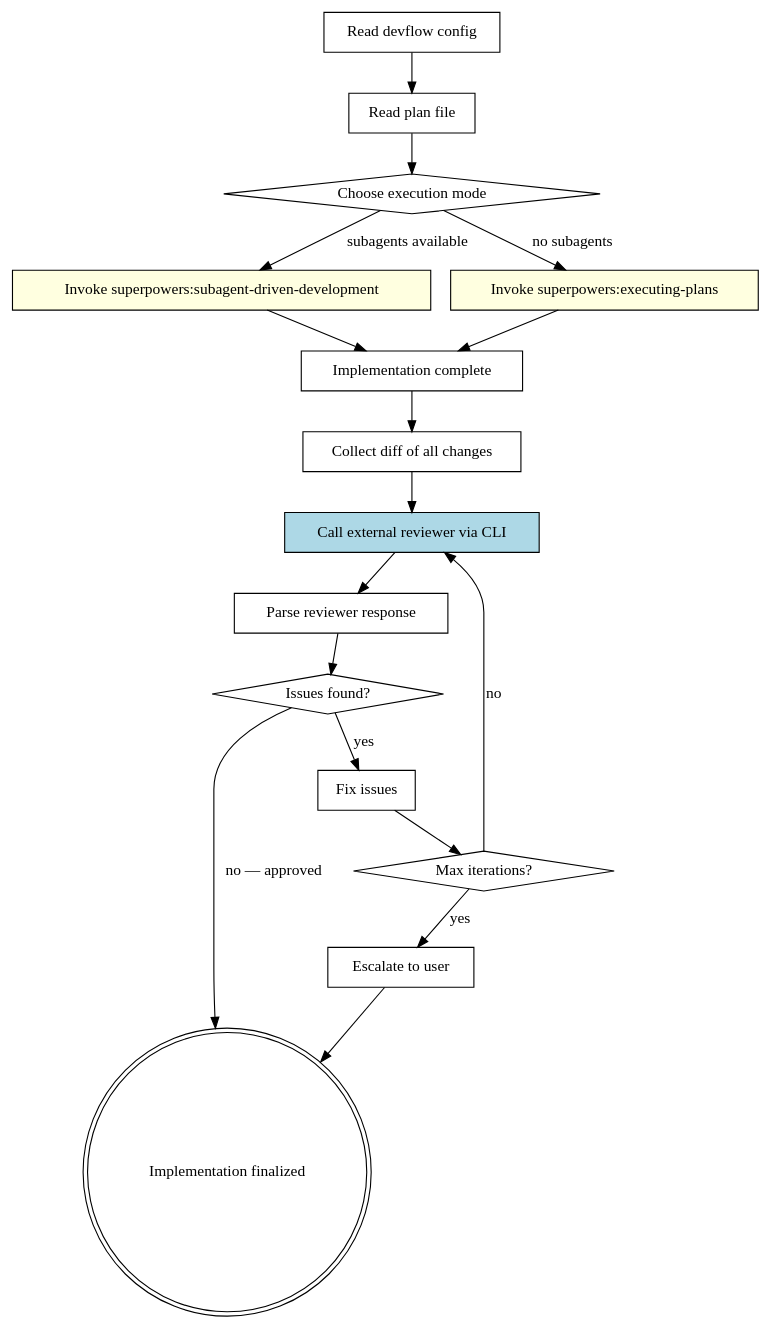
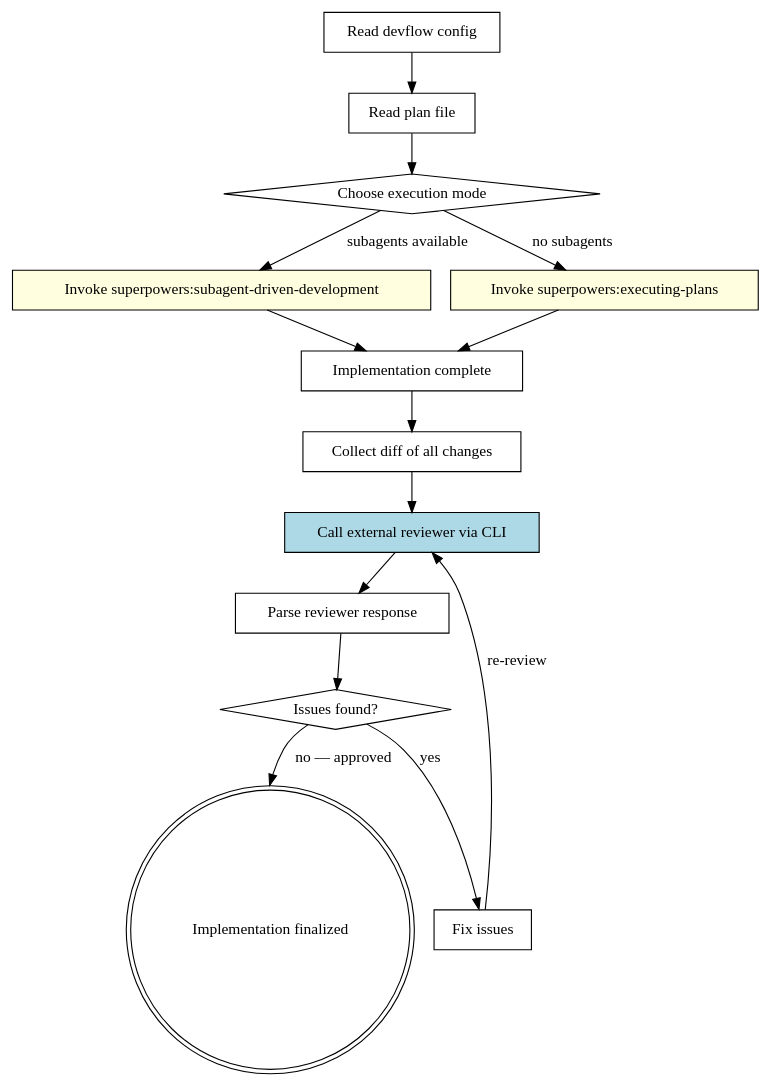
Before and after one commit to yuriykuzin/devflow: the diagram in skills/devflow-implement/SKILL.md, drawn with Graphviz. The commit also changed other lines of this file and 25 other files, not shown here.

````diff
--- a/skills/devflow-implement/SKILL.md
+++ b/skills/devflow-implement/SKILL.md
@@ -24,35 +24,30 @@
 ```dot
 digraph implement {
     "Read devflow config" [shape=box];
     "Read plan file" [shape=box];
     "Choose execution mode" [shape=diamond];
     "Invoke superpowers:subagent-driven-development" [shape=box style=filled fillcolor=lightyellow];
     "Invoke superpowers:executing-plans" [shape=box style=filled fillcolor=lightyellow];
     "Implementation complete" [shape=box];
     "Collect diff of all changes" [shape=box];
     "Call external reviewer via CLI" [shape=box style=filled fillcolor=lightblue];
     "Parse reviewer response" [shape=box];
     "Issues found?" [shape=diamond];
     "Fix issues" [shape=box];
-    "Max iterations?" [shape=diamond];
-    "Escalate to user" [shape=box];
     "Implementation finalized" [shape=doublecircle];
 
     "Read devflow config" -> "Read plan file";
     "Read plan file" -> "Choose execution mode";
     "Choose execution mode" -> "Invoke superpowers:subagent-driven-development" [label="subagents available"];
     "Choose execution mode" -> "Invoke superpowers:executing-plans" [label="no subagents"];
     "Invoke superpowers:subagent-driven-development" -> "Implementation complete";
     "Invoke superpowers:executing-plans" -> "Implementation complete";
     "Implementation complete" -> "Collect diff of all changes";
     "Collect diff of all changes" -> "Call external reviewer via CLI";
     "Call external reviewer via CLI" -> "Parse reviewer response";
     "Parse reviewer response" -> "Issues found?";
     "Issues found?" -> "Fix issues" [label="yes"];
-    "Fix issues" -> "Max iterations?";
-    "Max iterations?" -> "Escalate to user" [label="yes"];
-    "Max iterations?" -> "Call external reviewer via CLI" [label="no"];
-    "Escalate to user" -> "Implementation finalized";
+    "Fix issues" -> "Call external reviewer via CLI" [label="re-review"];
     "Issues found?" -> "Implementation finalized" [label="no — approved"];
 }
 ```
````
